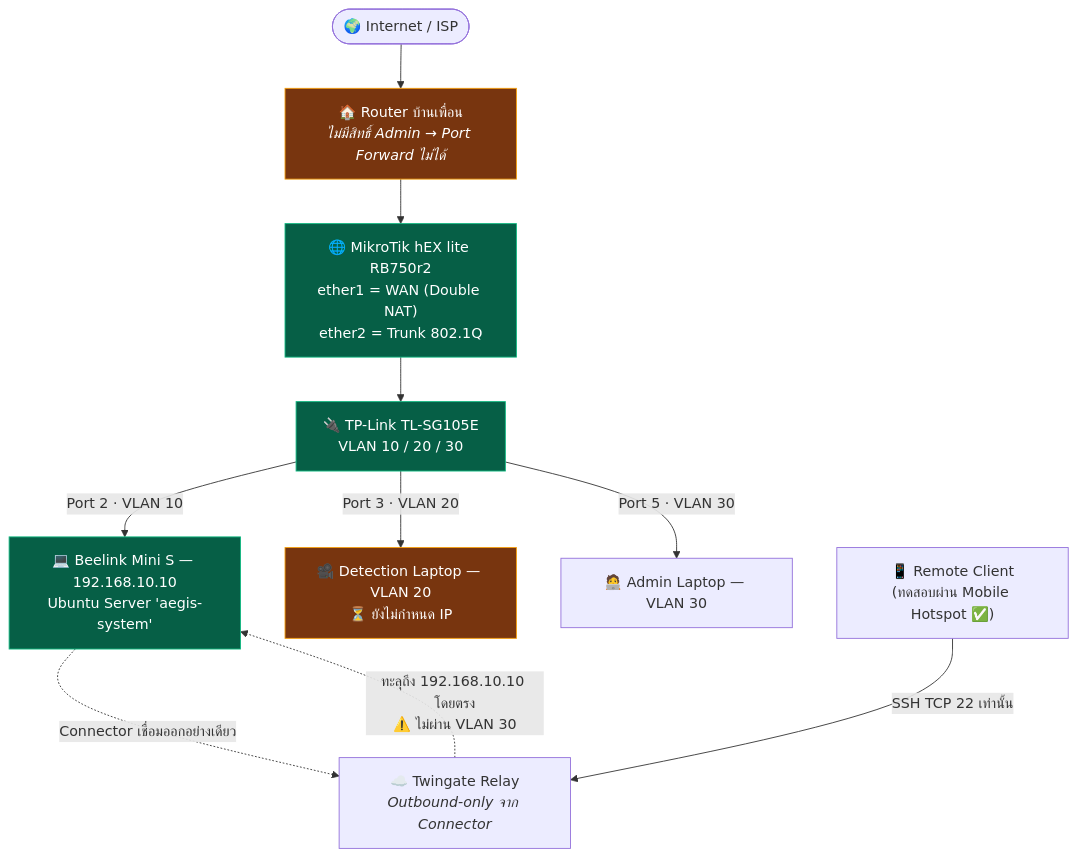
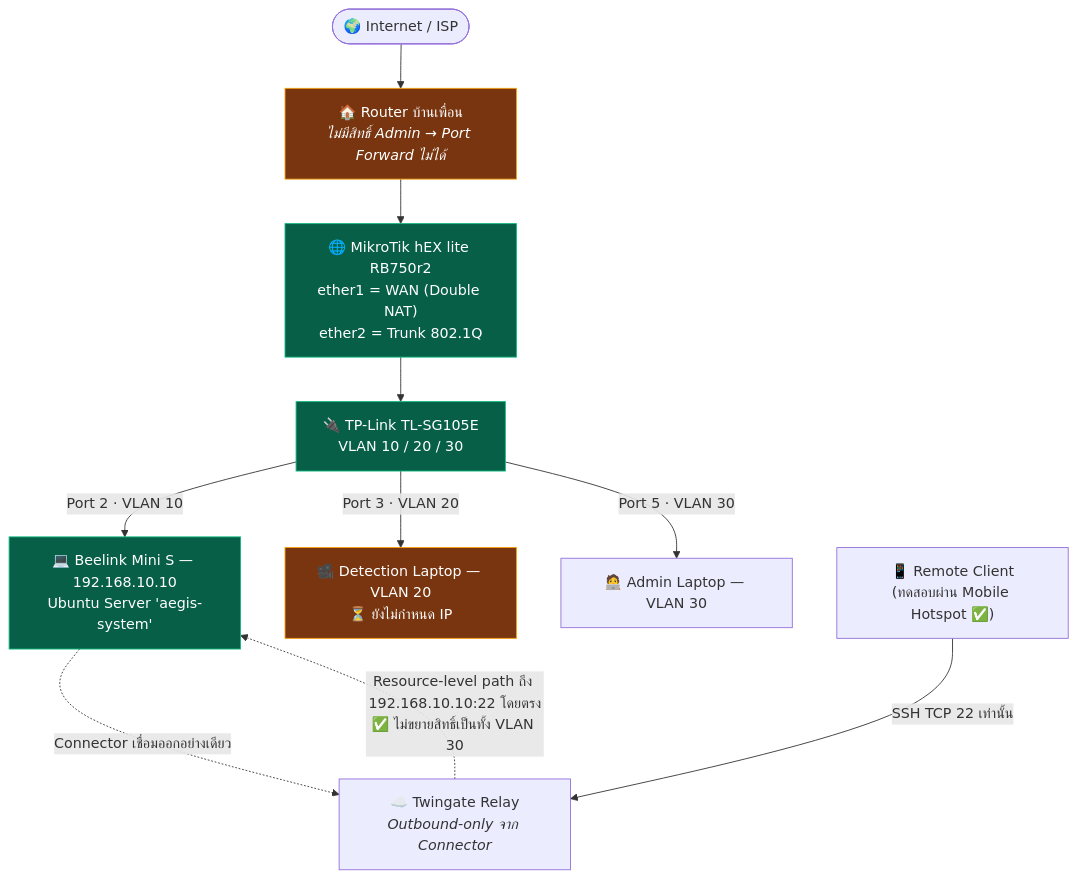
Before and after one commit to kraveerachat/Project-End-The-AEGIS: the diagram in Obsidian_AEGIS_Vault/AEGIS_Knowledge/00-MOC/AEGIS-Infrastructure-MOC.md, drawn with Mermaid. The commit also changed other lines of this file and 11 other files, not shown here.

````diff
--- a/Obsidian_AEGIS_Vault/AEGIS_Knowledge/00-MOC/AEGIS-Infrastructure-MOC.md
+++ b/Obsidian_AEGIS_Vault/AEGIS_Knowledge/00-MOC/AEGIS-Infrastructure-MOC.md
@@ -100,28 +100,28 @@
 ```mermaid
 flowchart TD
     ISP([🌍 Internet / ISP])
     HomeRouter["🏠 Router บ้านเพื่อน<br/><i>ไม่มีสิทธิ์ Admin → Port Forward ไม่ได้</i>"]
     MT["🌐 MikroTik hEX lite RB750r2<br/>ether1 = WAN (Double NAT)<br/>ether2 = Trunk 802.1Q"]
     SW["🔌 TP-Link TL-SG105E<br/>VLAN 10 / 20 / 30"]
 
     BEE["💻 Beelink Mini S — 192.168.10.10<br/>Ubuntu Server 'aegis-system'"]
     DET["🎥 Detection Laptop — VLAN 20<br/>⏳ ยังไม่กำหนด IP"]
     ADM["🧑‍💻 Admin Laptop — VLAN 30"]
 
     TG["☁️ Twingate Relay<br/><i>Outbound-only จาก Connector</i>"]
     REMOTE["📱 Remote Client<br/>(ทดสอบผ่าน Mobile Hotspot ✅)"]
 
     ISP --> HomeRouter --> MT --> SW
     SW -->|Port 2 · VLAN 10| BEE
     SW -->|Port 3 · VLAN 20| DET
     SW -->|Port 5 · VLAN 30| ADM
 
     BEE -.->|Connector เชื่อมออกอย่างเดียว| TG
     REMOTE -->|SSH TCP 22 เท่านั้น| TG
-    TG -.->|ทะลุถึง 192.168.10.10 โดยตรง<br/>⚠️ ไม่ผ่าน VLAN 30| BEE
+    TG -.->|Resource-level path ถึง 192.168.10.10:22 โดยตรง<br/>✅ ไม่ขยายสิทธิ์เป็นทั้ง VLAN 30| BEE
 
     classDef ok fill:#065f46,stroke:#10b981,color:#fff;
     classDef warn fill:#78350f,stroke:#f59e0b,color:#fff;
     class BEE,MT,SW ok;
     class DET,HomeRouter warn;
 ```
````
